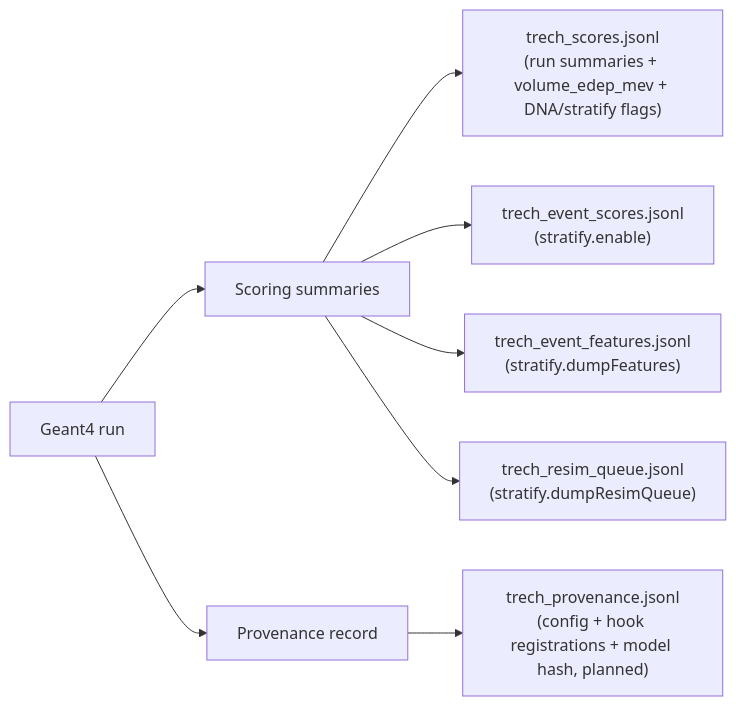
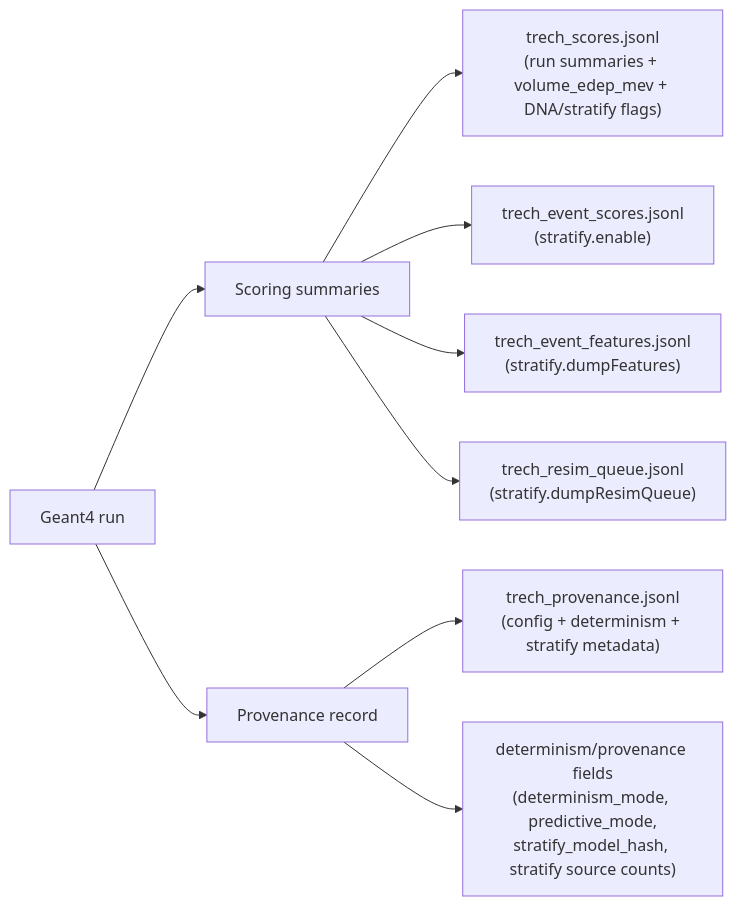
Before and after one commit to Geckos-Ink/trech: the fourth of 8 diagrams in CHARTS.md, drawn with Mermaid. The commit also changed other lines of this file and 17 other files, not shown here.

First line of the commit message:
next roadmap implementation

````diff
--- a/CHARTS.md
+++ b/CHARTS.md
@@ -93,10 +93,11 @@
 ```mermaid
 flowchart LR
   RUN["Geant4 run"] --> SCORING["Scoring summaries"]
   RUN --> PROV["Provenance record"]
   SCORING --> S1["trech_scores.jsonl\n(run summaries + volume_edep_mev + DNA/stratify flags)"]
   SCORING --> S2["trech_event_scores.jsonl\n(stratify.enable)"]
   SCORING --> S3["trech_event_features.jsonl\n(stratify.dumpFeatures)"]
   SCORING --> S4["trech_resim_queue.jsonl\n(stratify.dumpResimQueue)"]
-  PROV --> P1["trech_provenance.jsonl\n(config + hook registrations + model hash, planned)"]
+  PROV --> P1["trech_provenance.jsonl\n(config + determinism + stratify metadata)"]
+  PROV --> P2["determinism/provenance fields\n(determinism_mode, predictive_mode,\nstratify_model_hash, stratify source counts)"]
 ```
````
